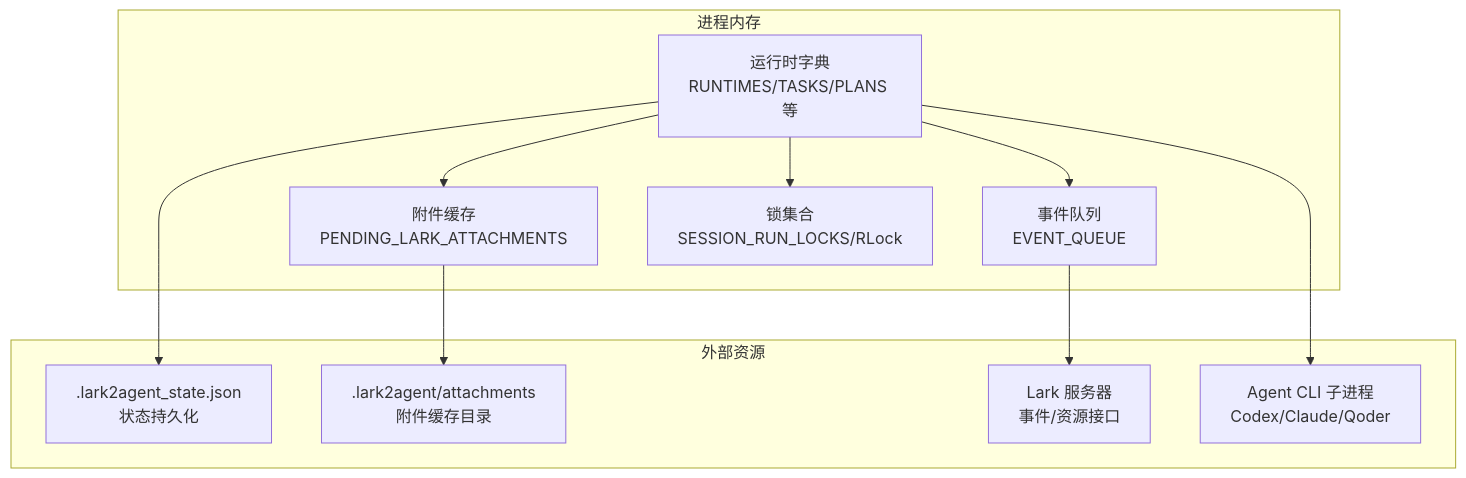
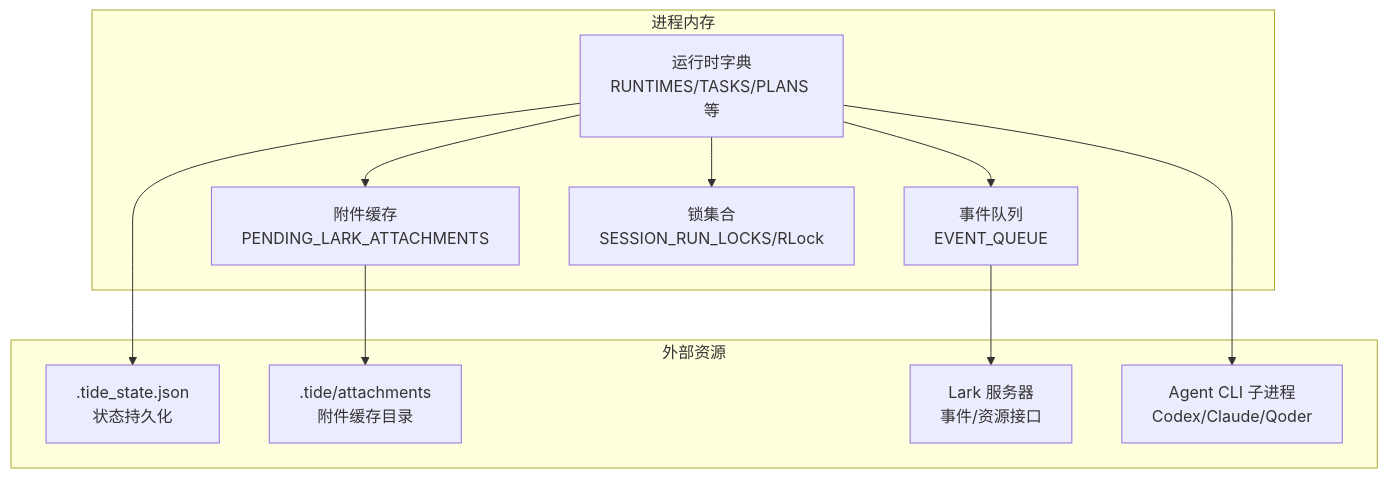
One commit to winditer/tide changed the first of 7 diagrams in .qoder/repowiki/zh/content/高级特性/性能优化/内存管理优化.md. Above: the diagram before and after it, drawn with Mermaid. The commit also changed other lines of this file and 260 other files, not shown here.

````diff
--- a/.qoder/repowiki/zh/content/高级特性/性能优化/内存管理优化.md
+++ b/.qoder/repowiki/zh/content/高级特性/性能优化/内存管理优化.md
@@ -31,22 +31,22 @@
 ```mermaid
 graph TB
 subgraph "进程内存"
 RT["运行时字典<br/>RUNTIMES/TASKS/PLANS 等"]
 EQ["事件队列<br/>EVENT_QUEUE"]
 ATT["附件缓存<br/>PENDING_LARK_ATTACHMENTS"]
 LOCKS["锁集合<br/>SESSION_RUN_LOCKS/RLock"]
 end
 subgraph "外部资源"
-FS[".lark2agent_state.json<br/>状态持久化"]
-ATTDIR[".lark2agent/attachments<br/>附件缓存目录"]
+FS[".tide_state.json<br/>状态持久化"]
+ATTDIR[".tide/attachments<br/>附件缓存目录"]
 LARK["Lark 服务器<br/>事件/资源接口"]
 AGENTS["Agent CLI 子进程<br/>Codex/Claude/Qoder"]
 end
 RT --> FS
 RT --> EQ
 RT --> ATT
 RT --> LOCKS
 ATT --> ATTDIR
 EQ --> LARK
 RT --> AGENTS
 ```
````
